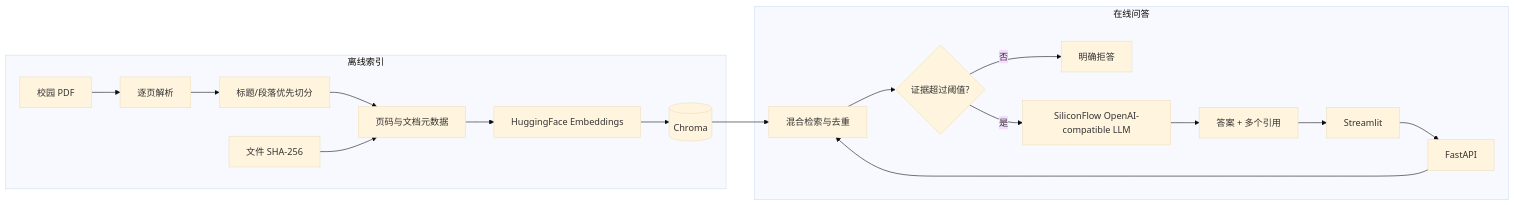
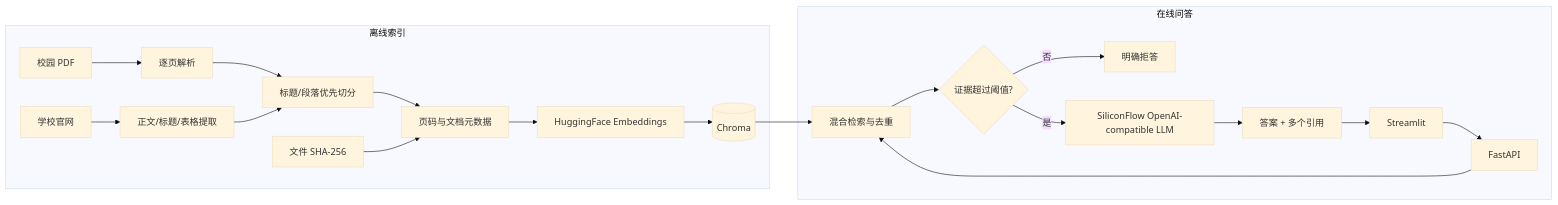
The diagram in README.md (Shen-Xiaodan/campus-assistant), drawn with Mermaid (base theme) before and after one commit. The commit also changed other lines of this file and 17 other files, not shown here.

````diff
--- a/README.md
+++ b/README.md
@@ -26,22 +28,24 @@
 ```mermaid
 flowchart LR
     subgraph ingestion[离线索引]
         PDF[校园 PDF] --> Parse[逐页解析]
+        Web[学校官网] --> Clean[正文/标题/表格提取]
         Parse --> Chunk[标题/段落优先切分]
+        Clean --> Chunk
         Chunk --> Meta[页码与文档元数据]
         Meta --> Embed[HuggingFace Embeddings]
         Embed --> Chroma[(Chroma)]
         Hash[文件 SHA-256] --> Meta
     end
 
     subgraph serving[在线问答]
         UI[Streamlit] --> API[FastAPI]
         API --> Retrieve[混合检索与去重]
         Chroma --> Retrieve
         Retrieve --> Gate{证据超过阈值?}
         Gate -- 否 --> Refuse[明确拒答]
         Gate -- 是 --> LLM[SiliconFlow OpenAI-compatible LLM]
         LLM --> Result[答案 + 多个引用]
         Result --> UI
     end
 ```
````
